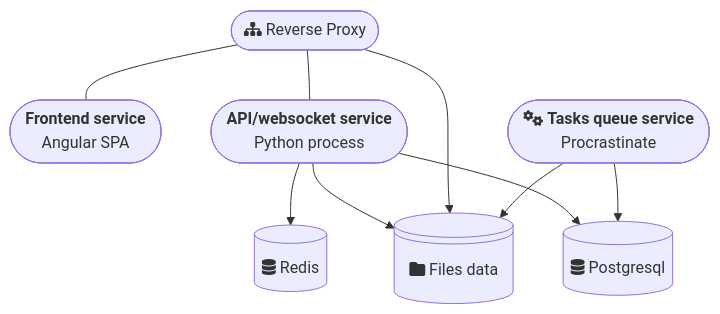
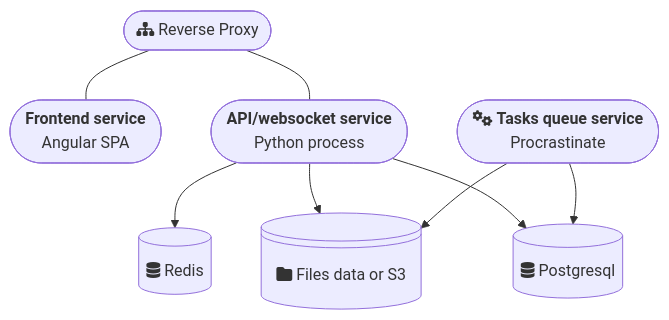
The diagram in docs/introduction.md (BIRU-Scop/tenzu-docs), drawn with Mermaid before and after one commit. The commit also changed 7 other files, not shown here.

````diff
--- a/docs/introduction.md
+++ b/docs/introduction.md
@@ -42,24 +42,23 @@
 ```mermaid
 flowchart TD
     db@{ shape: database, label: "fa:fa-database Postgresql" }
     redis@{ shape: database, label: "fa:fa-database Redis" }
     frontend(["`**Frontend service**
     Angular SPA
     `"])
     backend(["`**API/websocket service**
     Python process
     `"])
     reverse_proxy([fa:fa-sitemap Reverse Proxy])
     procrastinate(["`fa:fa-gears **Tasks queue service**
     Procrastinate`" ])
-    data@{ shape: lin-cyl, label: "fa:fa-folder Files data" }
+    data@{ shape: lin-cyl, label: "fa:fa-folder Files data or S3" }
     reverse_proxy --- frontend
     reverse_proxy --- backend
     backend --> redis
     backend --> data
-    reverse_proxy --> data
     procrastinate --> data
     backend --> db  
     procrastinate --> db
     
 ```
````
